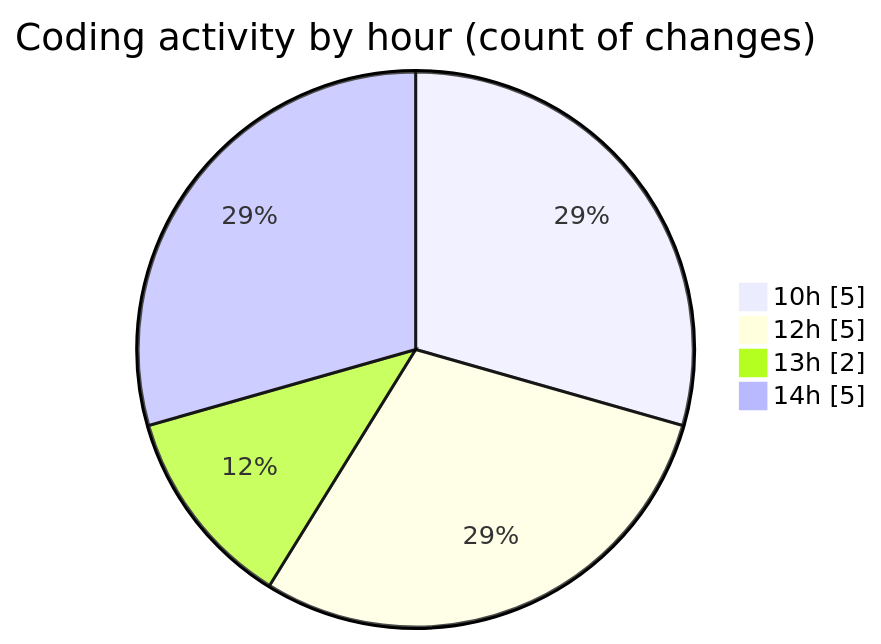
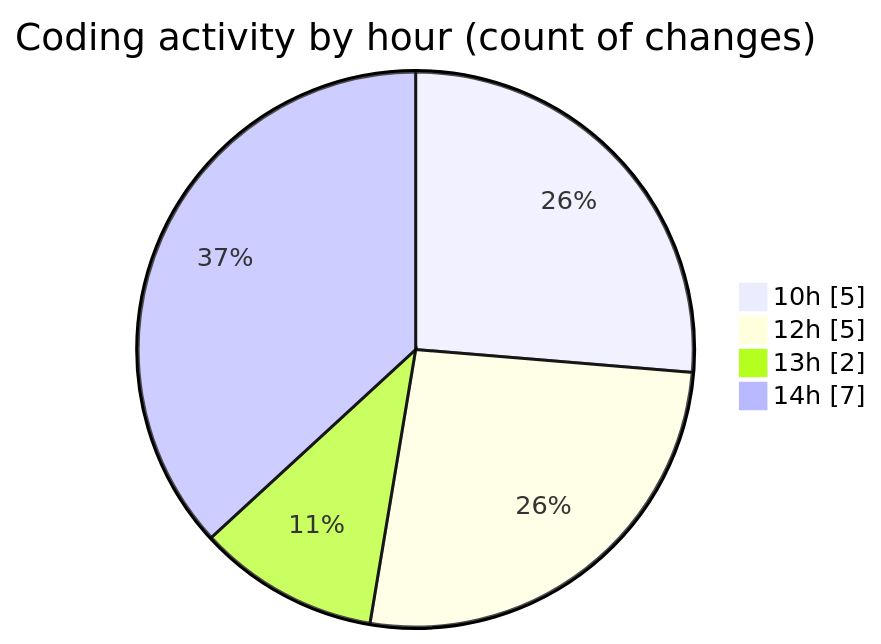
The second of 2 diagrams in 2025-07-07/urlwebwala_intership_work/README.md (Ritupan-Deka/code-tracking), drawn with Mermaid before and after one commit. The commit also changed other lines of this file and 1 other file, not shown here.

````diff
--- a/2025-07-07/urlwebwala_intership_work/README.md
+++ b/2025-07-07/urlwebwala_intership_work/README.md
@@ -30,8 +30,8 @@
 ```mermaid
 pie showData
 title Coding activity by hour (count of changes)
 "10h" : 5
 "12h" : 5
 "13h" : 2
-"14h" : 5
+"14h" : 7
 ```
````
